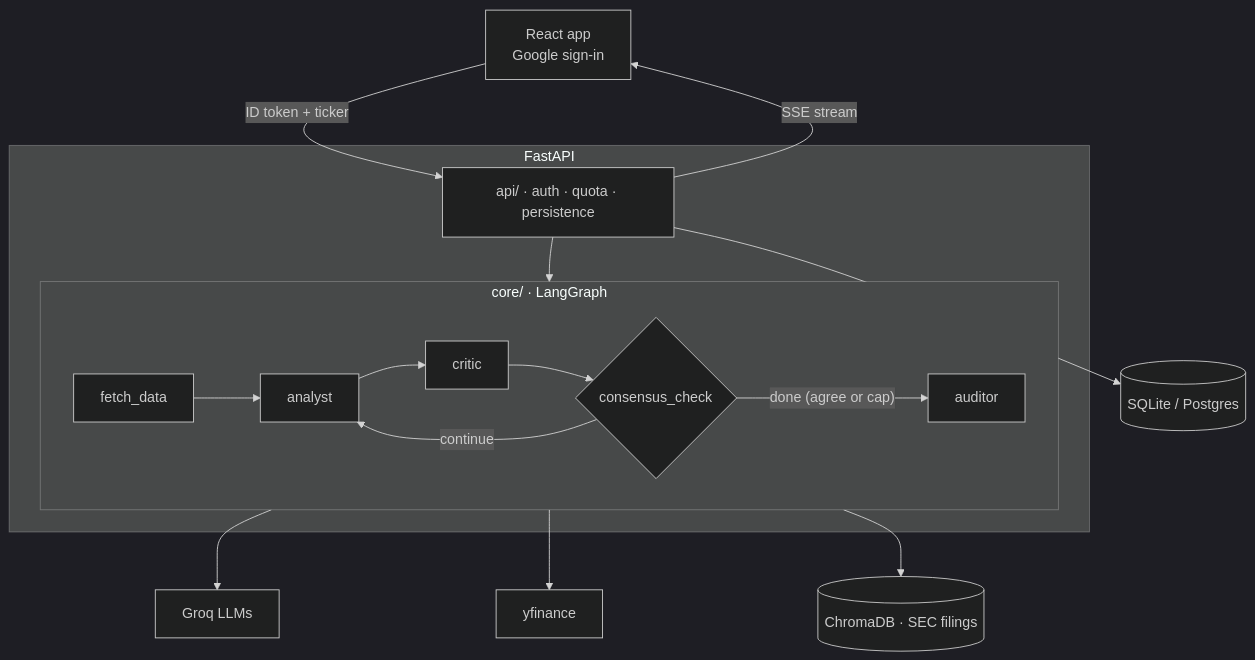
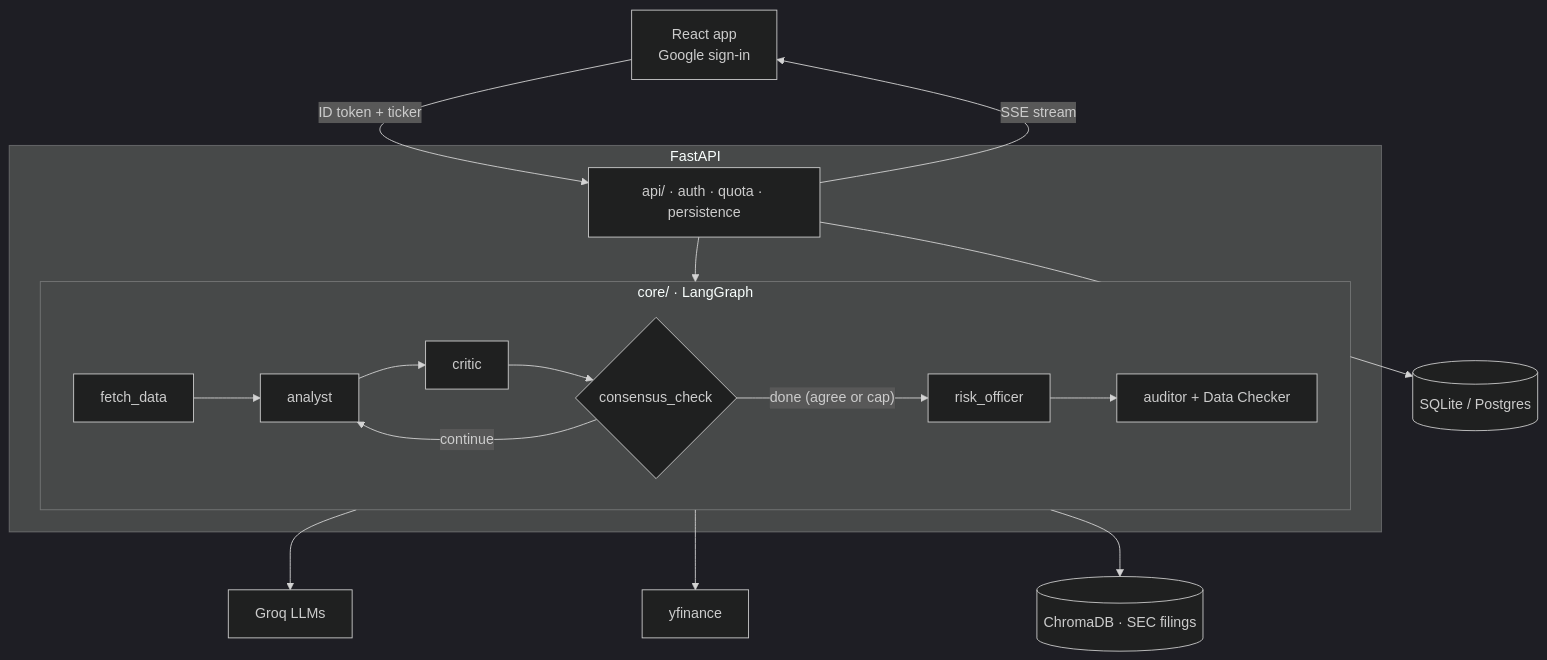
The diagram in README.md (vishwas-png/financial-consensus-agent), drawn with Mermaid (dark theme) before and after one commit. The commit also changed other lines of this file and 3 other files, not shown here.

````diff
--- a/README.md
+++ b/README.md
@@ -9,18 +9,18 @@
 ```mermaid
 flowchart TB
     UI[React app<br/>Google sign-in] -- "ID token + ticker" --> API
     API -- "SSE stream" --> UI
     subgraph Backend[FastAPI]
         API["api/ · auth · quota · persistence"]
         subgraph CORE["core/ · LangGraph"]
             F[fetch_data] --> A[analyst] --> C[critic] --> K{consensus_check}
             K -- continue --> A
-            K -- "done (agree or cap)" --> AU[auditor]
+            K -- "done (agree or cap)" --> RO[risk_officer] --> AU["auditor + Data Checker"]
         end
         API --> CORE
     end
     API --> DB[(SQLite / Postgres)]
     CORE --> G[Groq LLMs]
     CORE --> Y[yfinance]
     CORE --> V[(ChromaDB · SEC filings)]
 ```
````
